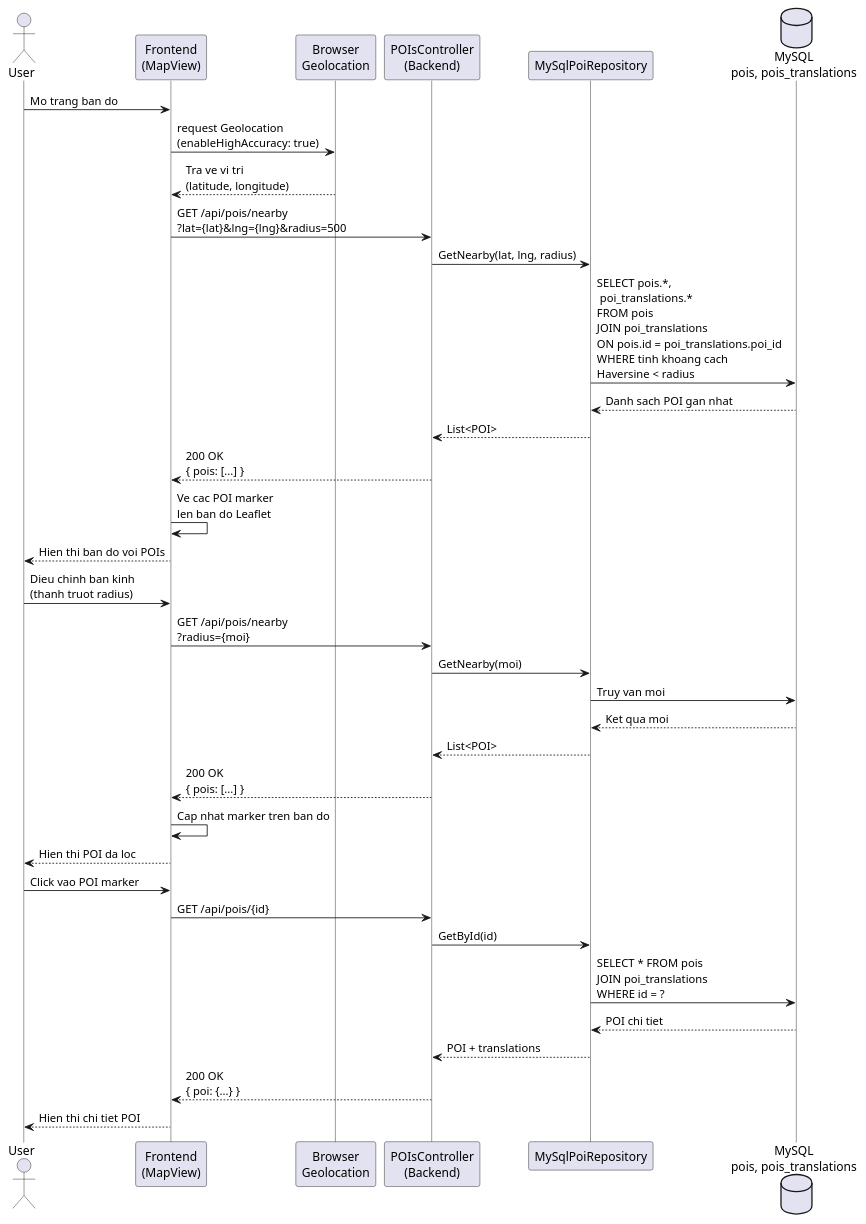
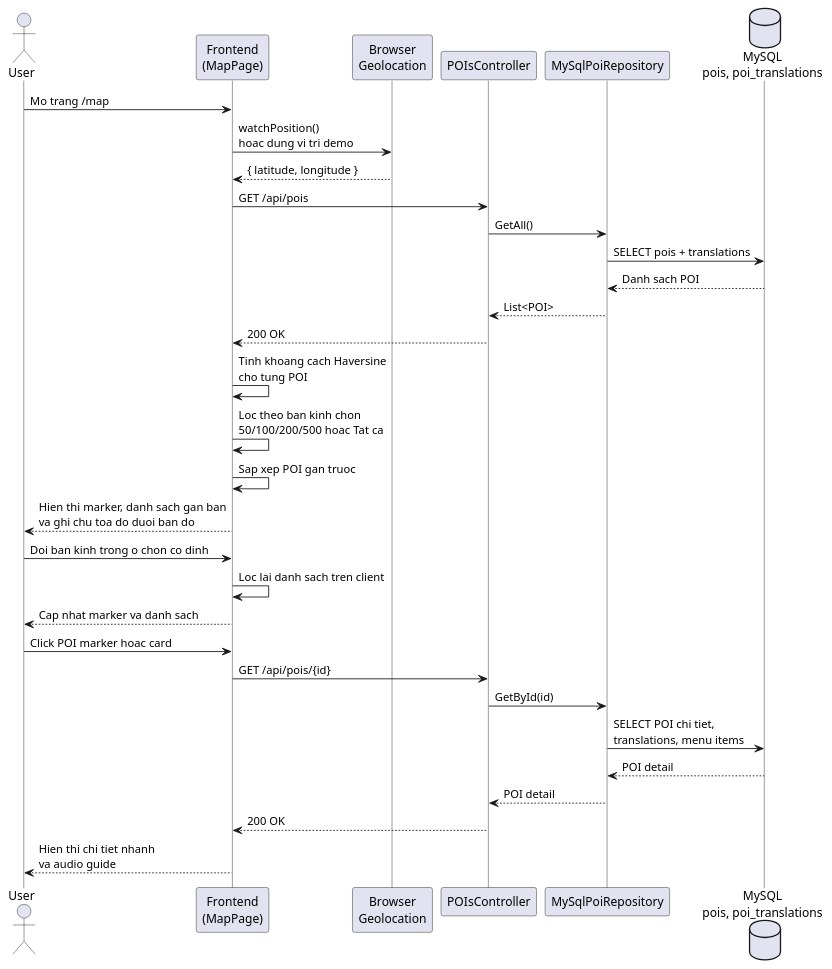
The diagram in Đặc tả wed/sequence_18_user_discover_poi.puml (MinhMafia/DiDuDuaDi), drawn with PlantUML before and after one commit. The commit also changed 42 other files, not shown here.

```diff
--- a/Đặc tả wed/sequence_18_user_discover_poi.puml
+++ b/Đặc tả wed/sequence_18_user_discover_poi.puml
@@ -1,49 +1,43 @@
 @startuml sequence_18_user_discover_poi
 skinparam backgroundColor White
 skinparam sequenceFontSize 11
 skinparam sequenceFontName "Times New Roman"
 skinparam lifelineStrategy nosolid
 
 actor User
-participant "Frontend\n(MapView)" as FE
+participant "Frontend\n(MapPage)" as FE
 participant "Browser\nGeolocation" as GPS
-participant "POIsController\n(Backend)" as Ctrl
+participant "POIsController" as Ctrl
 participant "MySqlPoiRepository" as Repo
-database "MySQL\npois, pois_translations" as DB
+database "MySQL\npois, poi_translations" as DB
 
-User -> FE: Mo trang ban do
-FE -> GPS: request Geolocation\n(enableHighAccuracy: true)
-GPS --> FE: Tra ve vi tri\n(latitude, longitude)
+User -> FE: Mo trang /map
+FE -> GPS: watchPosition()\nhoac dung vi tri demo
+GPS --> FE: { latitude, longitude }
 
-FE -> Ctrl: GET /api/pois/nearby\n?lat={lat}&lng={lng}&radius=500
+FE -> Ctrl: GET /api/pois
+Ctrl -> Repo: GetAll()
+Repo -> DB: SELECT pois + translations
+DB --> Repo: Danh sach POI
+Repo --> Ctrl: List<POI>
+Ctrl --> FE: 200 OK
 
-Ctrl -> Repo: GetNearby(lat, lng, radius)
-Repo -> DB: SELECT pois.*,\n poi_translations.*\nFROM pois\nJOIN poi_translations\nON pois.id = poi_translations.poi_id\nWHERE tinh khoang cach\nHaversine < radius
-DB --> Repo: Danh sach POI gan nhat
-Repo --> Ctrl: List<POI>
+FE -> FE: Tinh khoang cach Haversine\ncho tung POI
+FE -> FE: Loc theo ban kinh chon\n50/100/200/500 hoac Tat ca
+FE -> FE: Sap xep POI gan truoc
+FE --> User: Hien thi marker, danh sach gan ban\nva ghi chu toa do duoi ban do
 
-Ctrl --> FE: 200 OK\n{ pois: [...] }
+User -> FE: Doi ban kinh trong o chon co dinh
+FE -> FE: Loc lai danh sach tren client
+FE --> User: Cap nhat marker va danh sach
 
-FE -> FE: Ve cac POI marker\nlen ban do Leaflet
-FE --> User: Hien thi ban do voi POIs
-
-User -> FE: Dieu chinh ban kinh\n(thanh truot radius)
-FE -> Ctrl: GET /api/pois/nearby\n?radius={moi}
-Ctrl -> Repo: GetNearby(moi)
-Repo -> DB: Truy van moi
-DB --> Repo: Ket qua moi
-Repo --> Ctrl: List<POI>
-Ctrl --> FE: 200 OK\n{ pois: [...] }
-FE -> FE: Cap nhat marker tren ban do
-FE --> User: Hien thi POI da loc
-
-User -> FE: Click vao POI marker
+User -> FE: Click POI marker hoac card
 FE -> Ctrl: GET /api/pois/{id}
 Ctrl -> Repo: GetById(id)
-Repo -> DB: SELECT * FROM pois\nJOIN poi_translations\nWHERE id = ?
-DB --> Repo: POI chi tiet
-Repo --> Ctrl: POI + translations
-Ctrl --> FE: 200 OK\n{ poi: {...} }
-FE --> User: Hien thi chi tiet POI
+Repo -> DB: SELECT POI chi tiet,\ntranslations, menu items
+DB --> Repo: POI detail
+Repo --> Ctrl: POI detail
+Ctrl --> FE: 200 OK
+FE --> User: Hien thi chi tiet nhanh\nva audio guide
 
 @enduml
```
